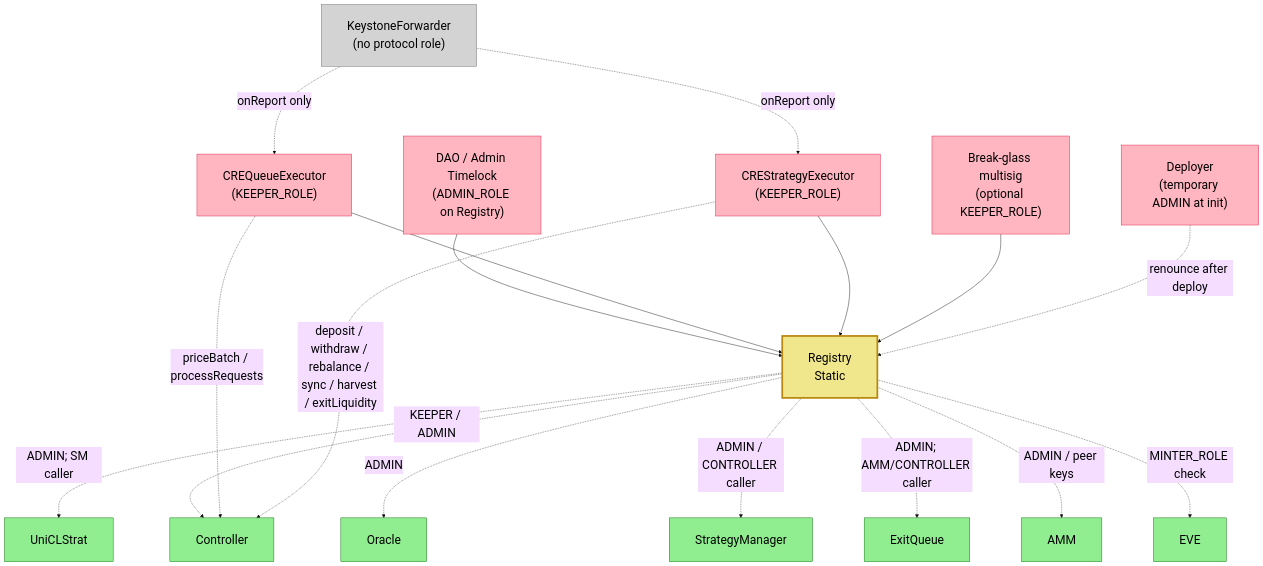
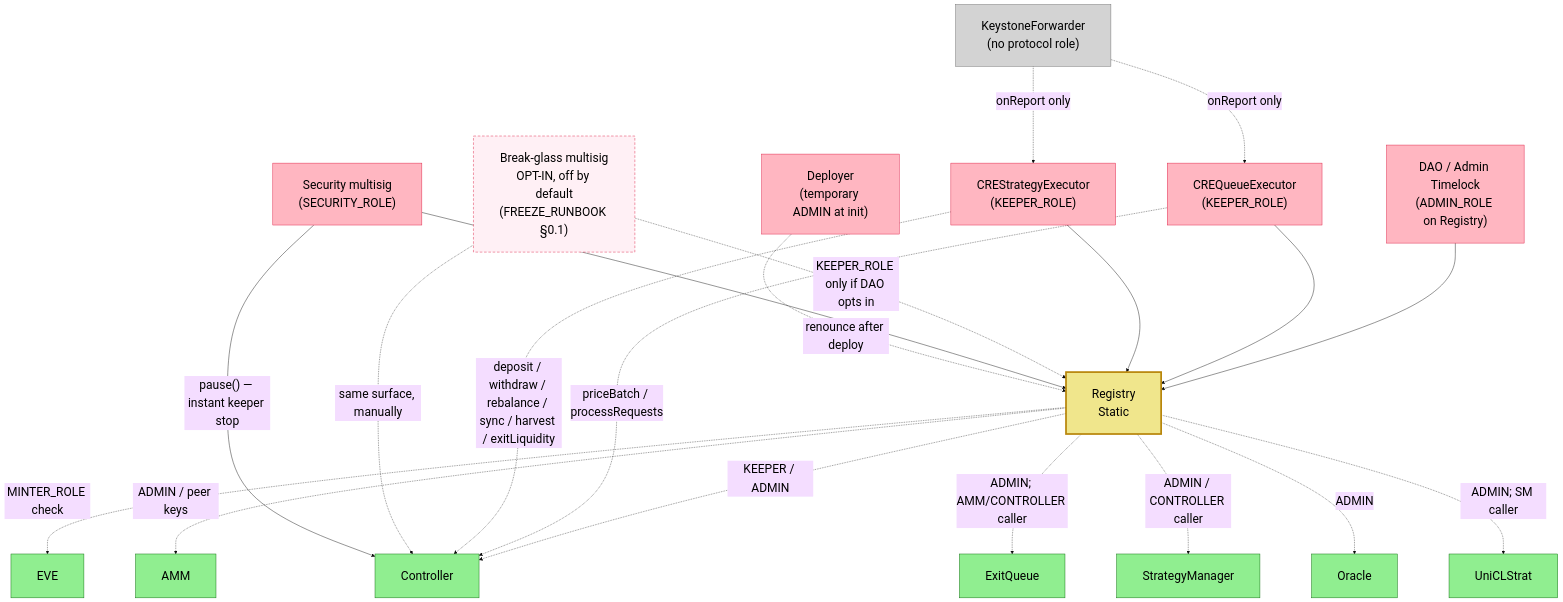
The diagram in mermaid/access-control-diagram.md (everstrat-xyz/contracts), drawn with Mermaid before and after one commit. The commit also changed other lines of this file and 2 other files, not shown here.

Commit message:
Update mermaid diagrams for the CRE review fixes
- mermaid-smart-contracts: add an onReport guard-pipeline diagram showing the
  full check order, including the split CREReceiverFutureTimestamp (clock skew)
  vs CREReceiverStaleReport (delivery latency) branches; document the cursor
  skippability rule; list the new CREStrategyExecutor test and the three trees.
- access-control-diagram: the break-glass keeper is now drawn as opt-in and off
  by default (dashed node + dashed grant edge) rather than standard wiring, and
  the security multisig is added with the Controller.pause() containment edge
  that stops every keeper path. New SECURITY_ROLE row in the roles table.
- deployment-architecture: name DeployCREExecutors on the Phase 4 node.

All edited charts verified with @mermaid-js/mermaid-cli.

````diff
--- a/mermaid/access-control-diagram.md
+++ b/mermaid/access-control-diagram.md
@@ -7,48 +7,54 @@
 ```mermaid
 %%{init: {'theme':'base', 'themeVariables': { 'fontSize': '28px', 'primaryTextColor': '#000000'}, 'flowchart': {'nodeSpacing': 120, 'rankSpacing': 120, 'padding': 30}}}%%
 graph TB
     DAO["DAO / Admin Timelock<br/>(ADMIN_ROLE on Registry)"]
     CREQueue["CREQueueExecutor<br/>(KEEPER_ROLE)"]
     CREStrategy["CREStrategyExecutor<br/>(KEEPER_ROLE)"]
-    BreakGlass["Break-glass multisig<br/>(optional KEEPER_ROLE)"]
+    BreakGlass["Break-glass multisig<br/>OPT-IN, off by default<br/>(FREEZE_RUNBOOK §0.1)"]
+    Security["Security multisig<br/>(SECURITY_ROLE)"]
     Deployer["Deployer<br/>(temporary ADMIN at init)"]
     Keystone["KeystoneForwarder<br/>(no protocol role)"]
     
     Registry["Registry<br/>Static"]
     
     EVE["EVE"]
     AMM["AMM"]
     Controller["Controller"]
     ExitQueue["ExitQueue"]
     StrategyManager["StrategyManager"]
     Oracle["Oracle"]
     UniCLStrat["UniCLStrat"]
     
     DAO --> Registry
     CREQueue --> Registry
     CREStrategy --> Registry
-    BreakGlass --> Registry
+    BreakGlass -.->|"KEEPER_ROLE only if DAO opts in"| Registry
+    Security --> Registry
     Deployer -.->|"renounce after deploy"| Registry
     Keystone -.->|"onReport only"| CREQueue
     Keystone -.->|"onReport only"| CREStrategy
     
     Registry -.->|"MINTER_ROLE check"| EVE
     Registry -.->|"ADMIN / peer keys"| AMM
     Registry -.->|"KEEPER / ADMIN"| Controller
     Registry -.->|"ADMIN; AMM/CONTROLLER caller"| ExitQueue
     Registry -.->|"ADMIN / CONTROLLER caller"| StrategyManager
     Registry -.->|"ADMIN"| Oracle
     Registry -.->|"ADMIN; SM caller"| UniCLStrat
     CREQueue -.->|"priceBatch / processRequests"| Controller
     CREStrategy -.->|"deposit / withdraw / rebalance / sync / harvest / exitLiquidity"| Controller
+    BreakGlass -.->|"same surface, manually"| Controller
+    Security -->|"pause() — instant keeper stop"| Controller
     
     classDef role fill:#FFB6C1,stroke:#DC143C
+    classDef optin fill:#FFF0F5,stroke:#DC143C,stroke-dasharray: 6 4
     classDef hub fill:#F0E68C,stroke:#B8860B,stroke-width:4px
     classDef contract fill:#90EE90,stroke:#006400
     classDef external fill:#D3D3D3,stroke:#696969
     
-    class DAO,CREQueue,CREStrategy,BreakGlass,Deployer role
+    class DAO,CREQueue,CREStrategy,Security,Deployer role
+    class BreakGlass optin
     class Registry hub
     class EVE,AMM,Controller,ExitQueue,StrategyManager,Oracle,UniCLStrat contract
     class Keystone external
 ```
````
